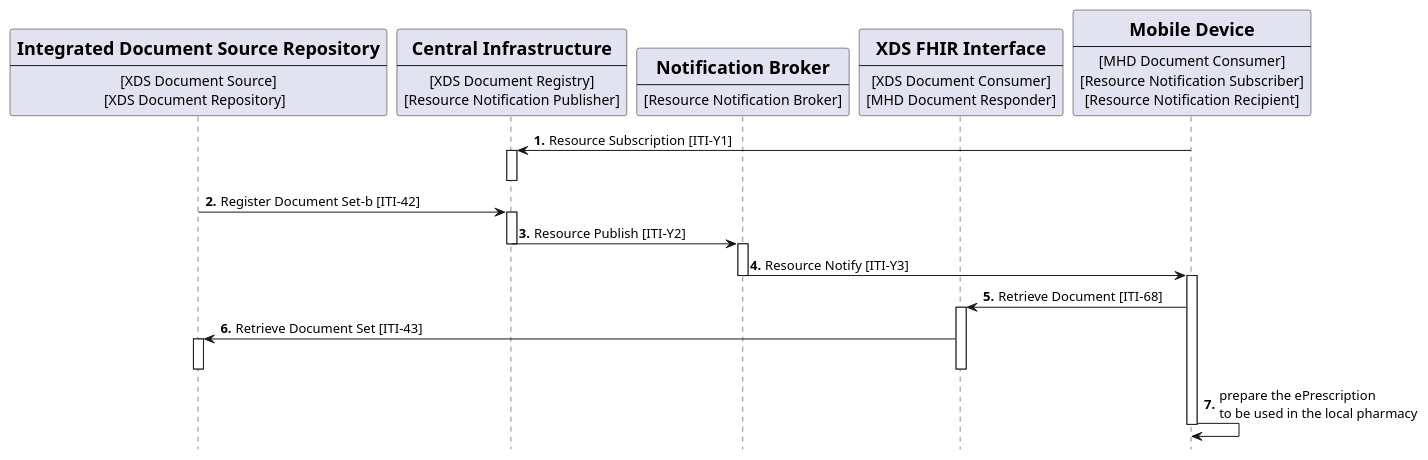
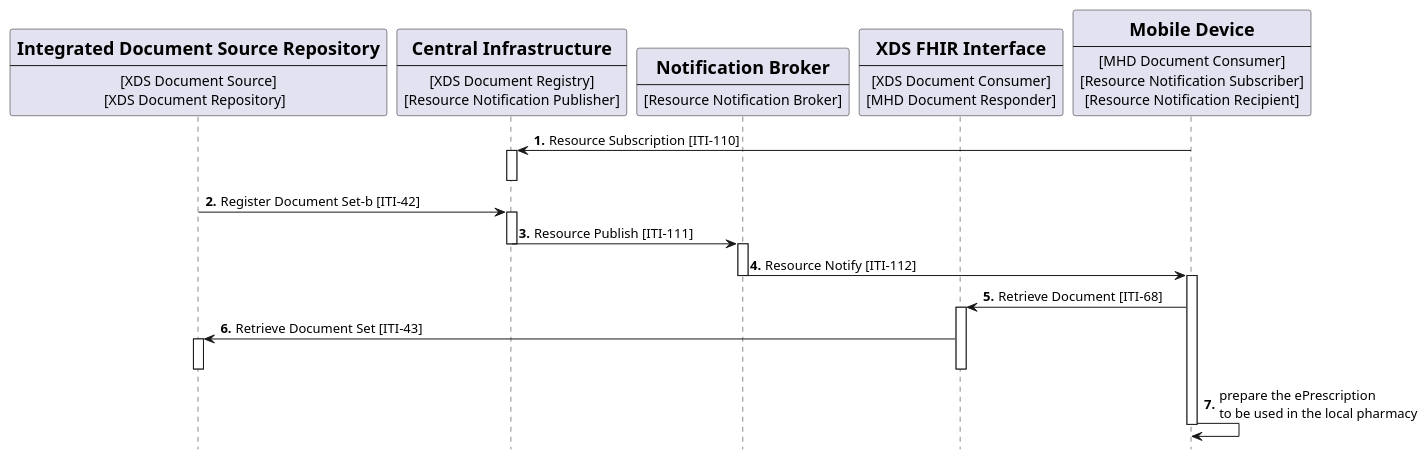
The diagram in input/images-source/usecase3-processflow.plantuml (IHE/ITI.DSUBm), drawn with PlantUML before and after one commit. The commit also changed 13 other files, not shown here.

```diff
--- a/input/images-source/usecase3-processflow.plantuml
+++ b/input/images-source/usecase3-processflow.plantuml
@@ -1,64 +1,64 @@
 @startuml
 skinparam svgDimensionStyle false
 hide footbox
 /'title "Subscription with DSUBm on MHD on FHIR infrastructure from Mobile Device" '/
 
 participant Repository [
     =Integrated Document Source Repository
     ----
     [XDS Document Source]
     [XDS Document Repository]  
 ] 
 
 participant Central [
     =Central Infrastructure
     ----
     [XDS Document Registry]
     [Resource Notification Publisher]
 ] 
 
 participant Broker [
     =Notification Broker
     ----
     [Resource Notification Broker]
 ] 
 
 participant XDSonFHIR [
     =XDS FHIR Interface
     ----
     [XDS Document Consumer]
     [MHD Document Responder]
 ] 
 
 participant MobileDevice [
     =Mobile Device
     ----
     [MHD Document Consumer]
     [Resource Notification Subscriber]
     [Resource Notification Recipient]
 ] 
 autonumber 1 "<b>."
-MobileDevice -> Central: Resource Subscription [ITI-Y1]
+MobileDevice -> Central: Resource Subscription [ITI-110]
 activate Central
 deactivate Central
 
 Repository -> Central: Register Document Set-b [ITI-42]
 activate Central
-Central -> Broker :  Resource Publish [ITI-Y2]
+Central -> Broker :  Resource Publish [ITI-111]
 deactivate Central
 activate Broker
-Broker -> MobileDevice: Resource Notify [ITI-Y3]
+Broker -> MobileDevice: Resource Notify [ITI-112]
 deactivate Broker
 
 activate MobileDevice
 MobileDevice -> XDSonFHIR: Retrieve Document [ITI-68]
 activate XDSonFHIR
 XDSonFHIR -> Repository: Retrieve Document Set [ITI-43]
 activate Repository
 deactivate XDSonFHIR
 deactivate Repository
 MobileDevice -> MobileDevice: prepare the ePrescription\nto be used in the local pharmacy
 deactivate MobileDevice
 
 
 @enduml
```
